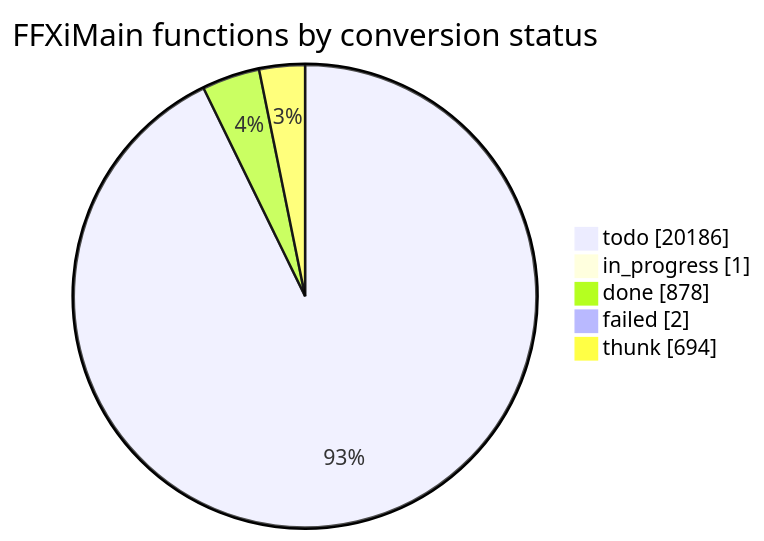
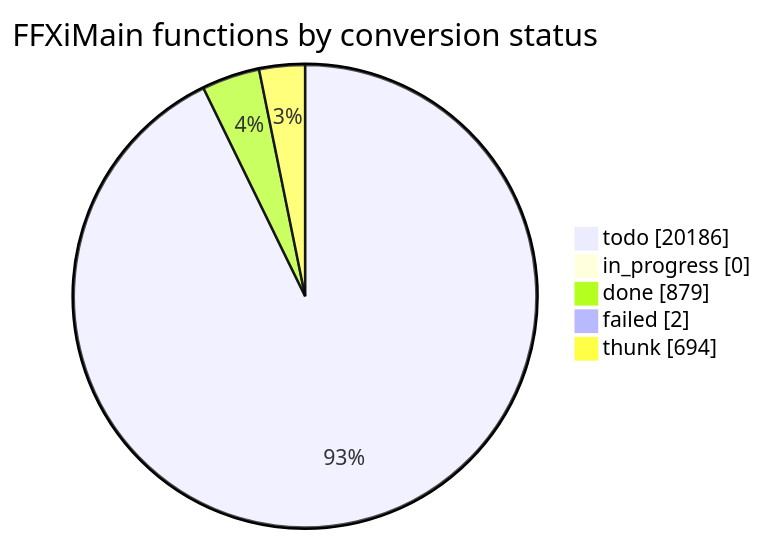
The diagram in docs/cow/STATUS.md (cowrevenge/cow_kuluu_xi_anything), drawn with Mermaid before and after one commit. The commit also changed other lines of this file and 9 other files, not shown here.

````diff
--- a/docs/cow/STATUS.md
+++ b/docs/cow/STATUS.md
@@ -18,9 +18,9 @@
 ```mermaid
 pie showData
     title FFXiMain functions by conversion status
     "todo" : 20186
-    "in_progress" : 1
-    "done" : 878
+    "in_progress" : 0
+    "done" : 879
     "failed" : 2
     "thunk" : 694
 ```
````
